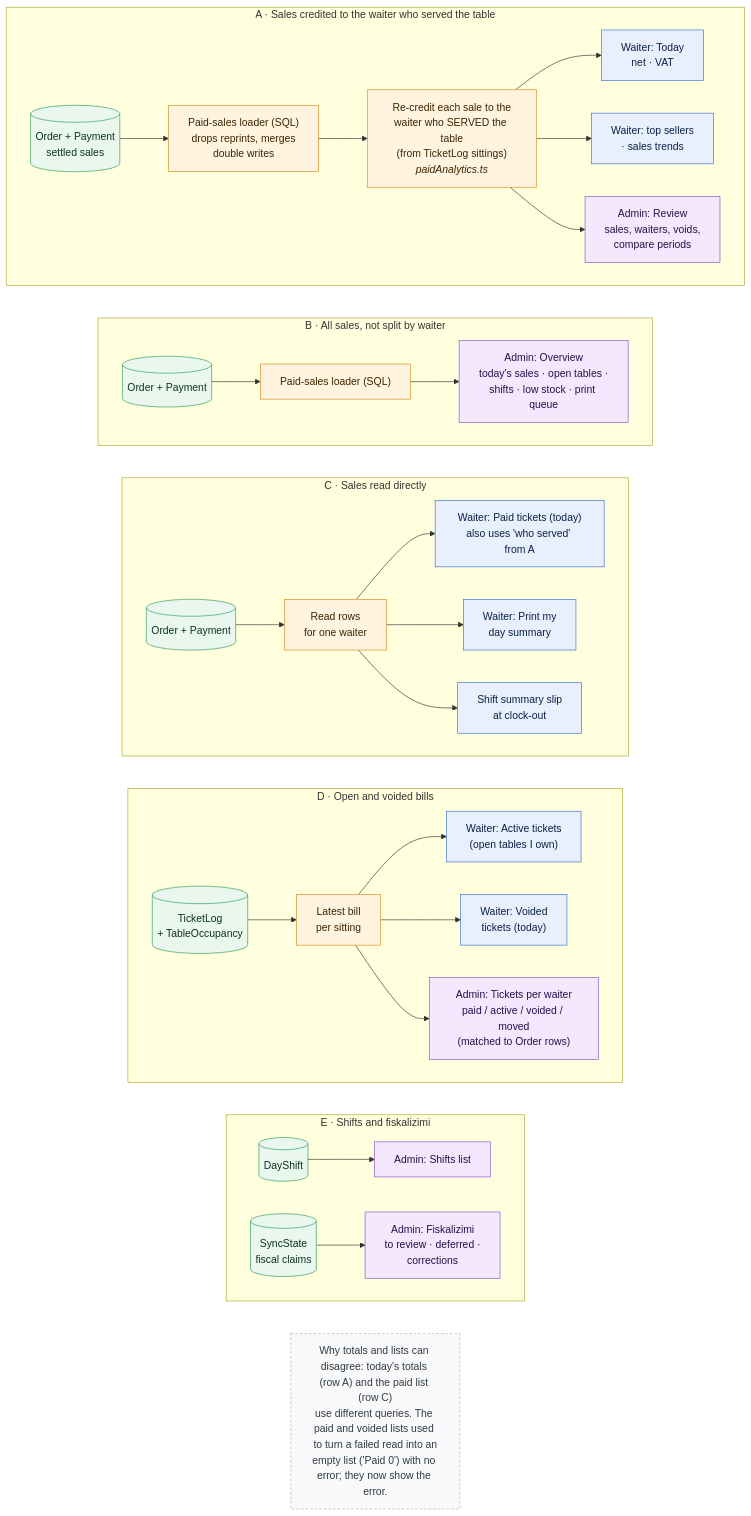
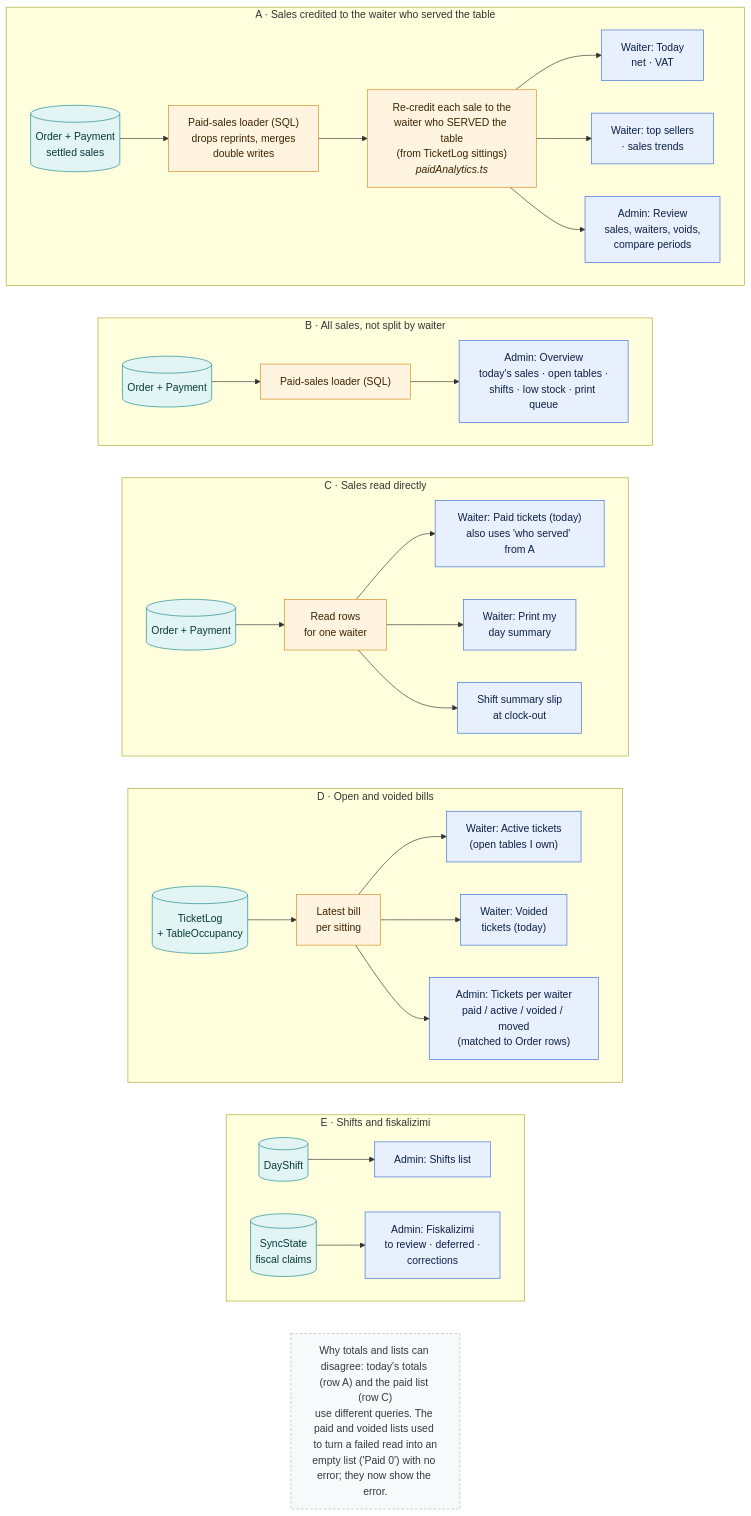
The diagram in docs/diagrams/07-reports.mmd (DidiG03/POS), drawn with Mermaid before and after one commit. The commit also changed 28 other files, not shown here.

First line of the commit message:
Diagrams: key & glossary page, one colour scheme, version stamps, fixes

```diff
--- a/docs/diagrams/07-reports.mmd
+++ b/docs/diagrams/07-reports.mmd
@@ -1,57 +1,61 @@
 ---
 config:
   layout: dagre
 ---
 %% 7. Reports: which screen reads which data.
 %% One row per data path: source → how it is counted → screens.
 flowchart TB
   subgraph R1["A · Sales credited to the waiter who served the table"]
     direction LR
     A0[("Order + Payment<br/>settled sales")] --> A1["Paid-sales loader (SQL)<br/>drops reprints, merges<br/>double writes"] --> A2["Re-credit each sale to the<br/>waiter who SERVED the table<br/>(from TicketLog sittings)<br/><i>paidAnalytics.ts</i>"]
     A2 --> A3["Waiter: Today<br/>net · VAT"]
     A2 --> A4["Waiter: top sellers<br/>· sales trends"]
     A2 --> A5["Admin: Review<br/>sales, waiters, voids,<br/>compare periods"]
   end
 
   subgraph R2["B · All sales, not split by waiter"]
     direction LR
     B0[("Order + Payment")] --> B1["Paid-sales loader (SQL)"] --> B2["Admin: Overview<br/>today's sales · open tables ·<br/>shifts · low stock · print queue"]
   end
 
   subgraph R3["C · Sales read directly"]
     direction LR
     C0[("Order + Payment")] --> C1["Read rows<br/>for one waiter"]
     C1 --> C2["Waiter: Paid tickets (today)<br/>also uses 'who served' from A"]
     C1 --> C3["Waiter: Print my<br/>day summary"]
     C1 --> C4["Shift summary slip<br/>at clock-out"]
   end
 
   subgraph R4["D · Open and voided bills"]
     direction LR
     D0[("TicketLog<br/>+ TableOccupancy")] --> D1["Latest bill<br/>per sitting"]
     D1 --> D2["Waiter: Active tickets<br/>(open tables I own)"]
     D1 --> D3["Waiter: Voided<br/>tickets (today)"]
     D1 --> D4["Admin: Tickets per waiter<br/>paid / active / voided / moved<br/>(matched to Order rows)"]
   end
 
   subgraph R5["E · Shifts and fiskalizimi"]
     direction LR
     E0[("DayShift")] --> E1["Admin: Shifts list"]
     E2[("SyncState<br/>fiscal claims")] --> E3["Admin: Fiskalizimi<br/>to review · deferred ·<br/>corrections"]
   end
 
   R1 ~~~ R2 ~~~ R3 ~~~ R4 ~~~ R5
 
   NOTE["Why totals and lists can disagree: today's totals (row A) and the paid list (row C)<br/>use different queries. The paid and voided lists used to turn a failed read into an<br/>empty list ('Paid 0') with no error; they now show the error."]
   R5 ~~~ NOTE
 
-  classDef data fill:#e9f7ef,stroke:#2e9b5b,color:#0d3320
-  classDef calc fill:#fff4e0,stroke:#d88a1d,color:#3d2400
-  classDef waiter fill:#e8f0fe,stroke:#3b6fd8,color:#0b1f44
-  classDef admin fill:#f3e8fd,stroke:#8b4fd1,color:#2a0d4a
+  classDef step fill:#e8f0fe,stroke:#3b6fd8,color:#0b1f44
+  classDef logic fill:#fff4e0,stroke:#d88a1d,color:#3d2400
+  classDef data fill:#e3f4f4,stroke:#178a8a,color:#06393a
+  classDef good fill:#e9f7ef,stroke:#2e9b5b,color:#0d3320
+  classDef warn fill:#fff9db,stroke:#e0a800,color:#3d2e00
+  classDef bad fill:#fdecec,stroke:#d64545,color:#4a0d0d
+  classDef ext fill:#f3e8fd,stroke:#8b4fd1,color:#2a0d4a
+  classDef device fill:#f1f3f5,stroke:#868e96,color:#212529
   classDef note fill:#f8f9fa,stroke:#adb5bd,color:#343a40,stroke-dasharray:4 3
   class A0,B0,C0,D0,E0,E2 data
-  class A1,A2,B1,C1,D1 calc
-  class A3,A4,C2,C3,C4,D2,D3 waiter
-  class A5,B2,D4,E1,E3 admin
+  class A1,A2,B1,C1,D1 logic
+  class A3,A4,C2,C3,C4,D2,D3 step
+  class A5,B2,D4,E1,E3 step
   class NOTE note
```
